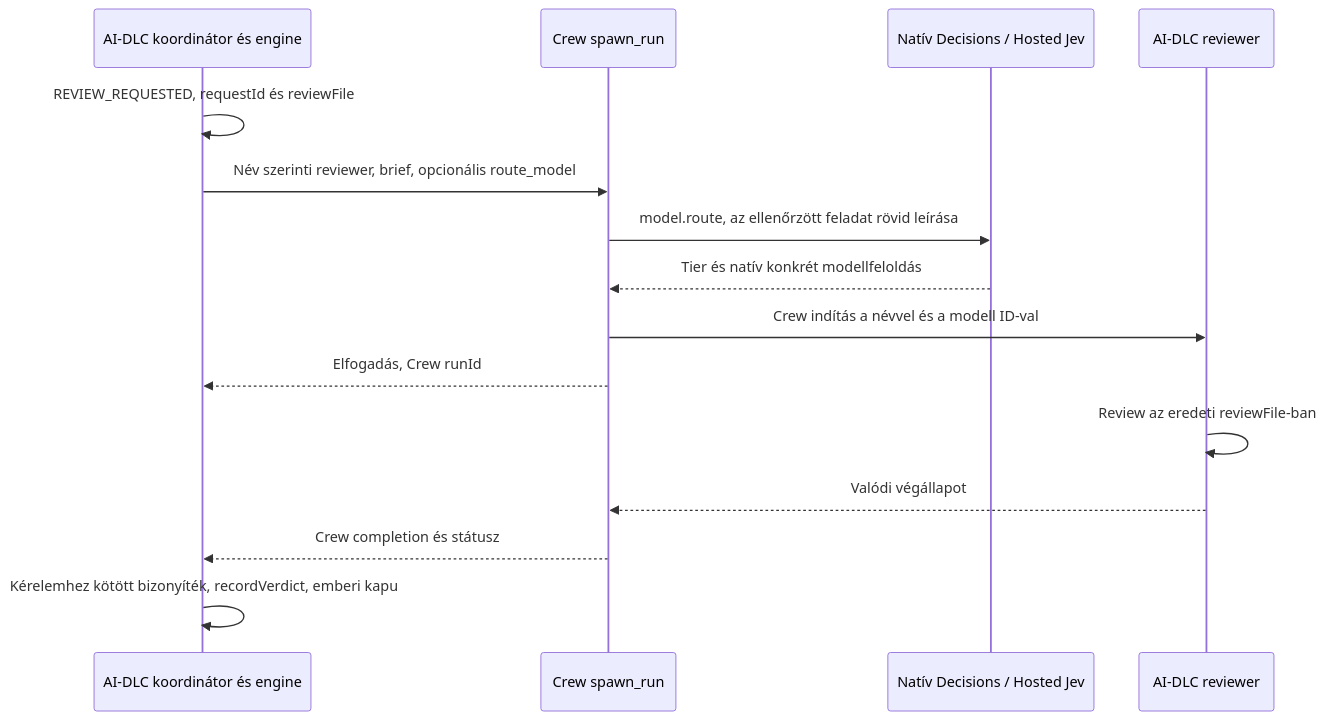
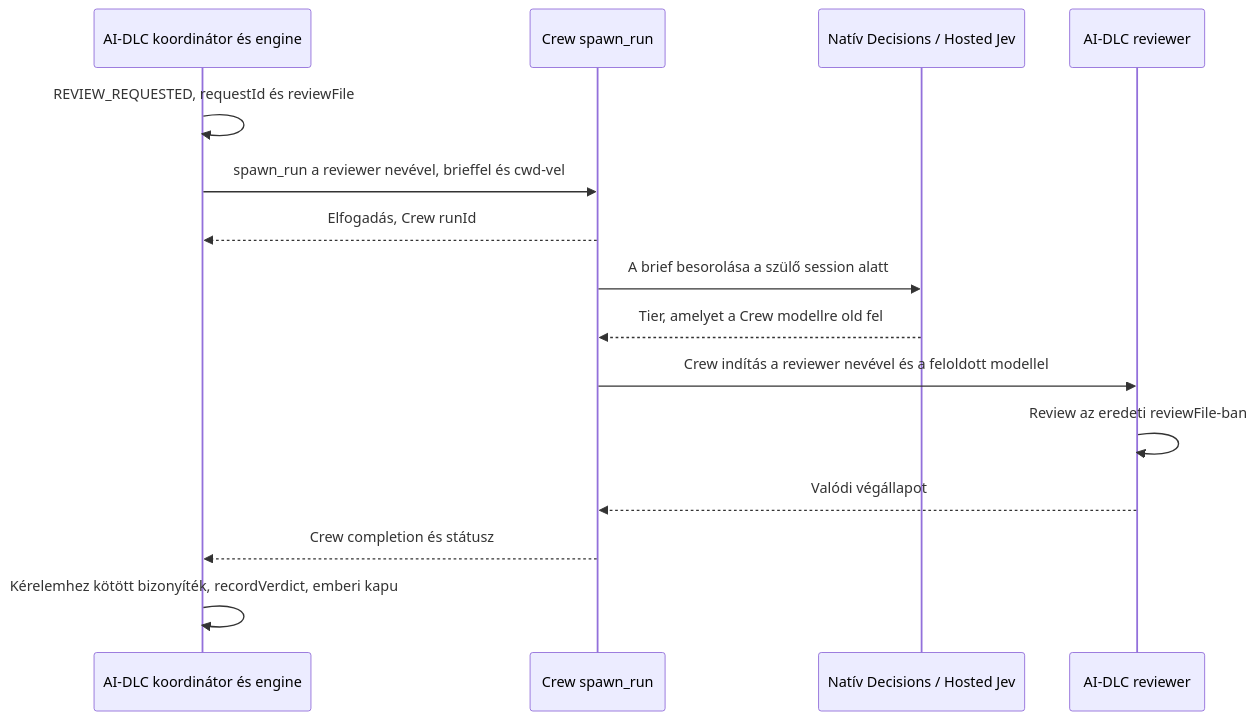
The diagram in docs/NATIVE_DECISIONS_INTEGRATION.md (Zsombor0918/MultiAgenticSystem), drawn with Mermaid before and after one commit. The commit also changed other lines of this file and 1 other file, not shown here.

````diff
--- a/docs/NATIVE_DECISIONS_INTEGRATION.md
+++ b/docs/NATIVE_DECISIONS_INTEGRATION.md
@@ -11,17 +11,17 @@
 ```mermaid
 sequenceDiagram
     participant A as AI-DLC koordinátor és engine
     participant C as Crew spawn_run
     participant J as Natív Decisions / Hosted Jev
     participant W as AI-DLC reviewer
     A->>A: REVIEW_REQUESTED, requestId és reviewFile
-    A->>C: Név szerinti reviewer, brief, opcionális route_model
-    C->>J: model.route, az ellenőrzött feladat rövid leírása
-    J-->>C: Tier és natív konkrét modellfeloldás
-    C->>W: Crew indítás a névvel és a modell ID-val
+    A->>C: spawn_run a reviewer nevével, brieffel és cwd-vel
     C-->>A: Elfogadás, Crew runId
+    C->>J: A brief besorolása a szülő session alatt
+    J-->>C: Tier, amelyet a Crew modellre old fel
+    C->>W: Crew indítás a reviewer nevével és a feloldott modellel
     W->>W: Review az eredeti reviewFile-ban
     W-->>C: Valódi végállapot
     C-->>A: Crew completion és státusz
     A->>A: Kérelemhez kötött bizonyíték, recordVerdict, emberi kapu
 ```
````
